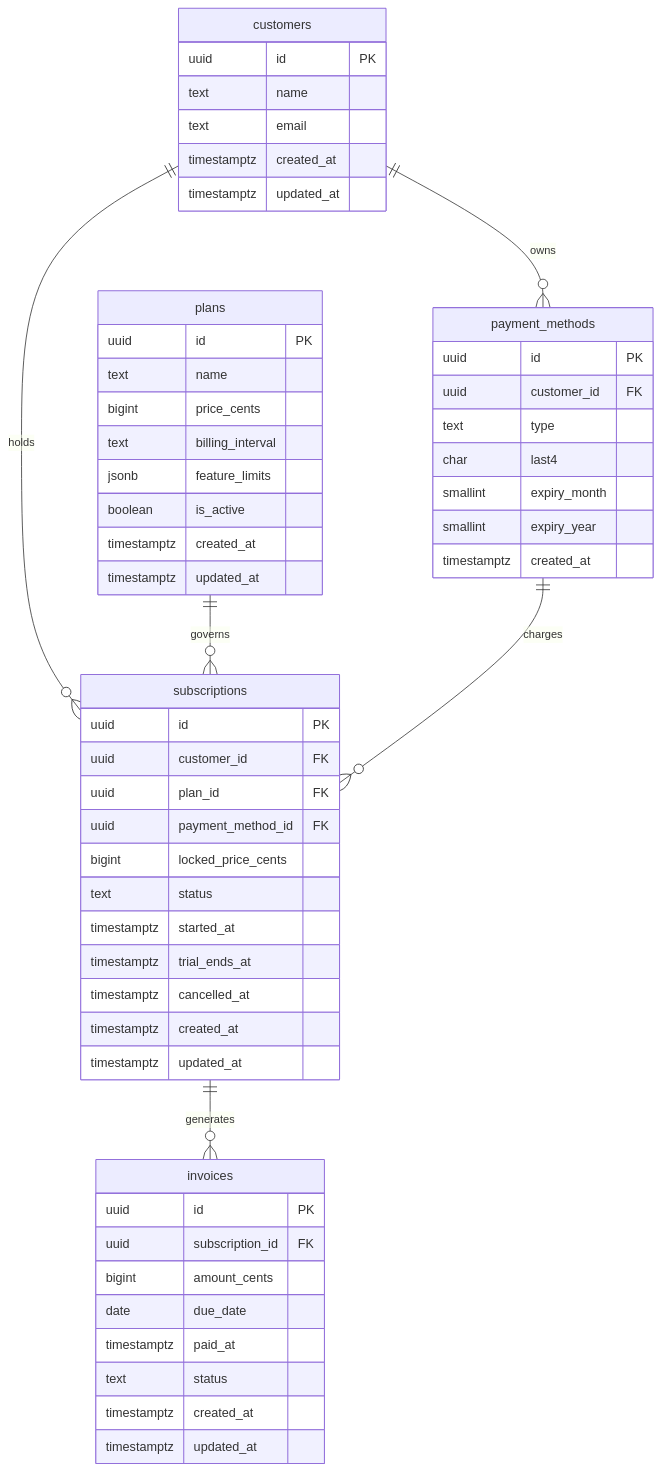
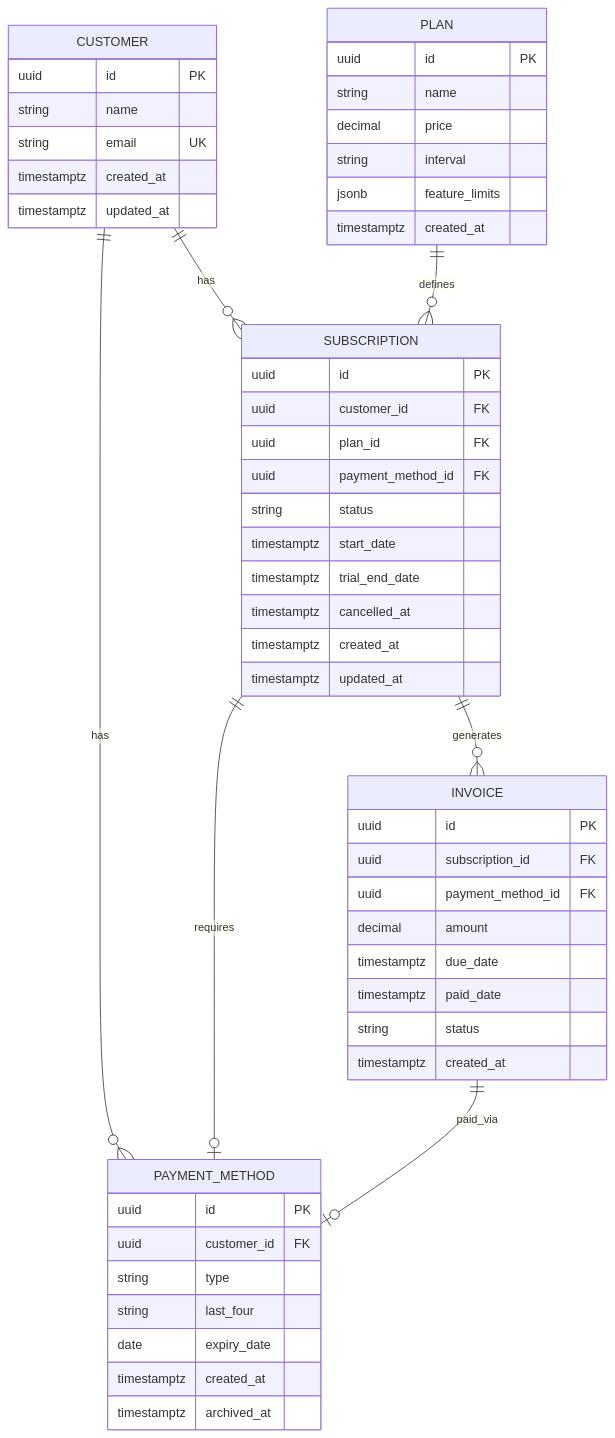
The diagram in examples/engineering/data-engineer/skills/data-model/result.md (hpsgd/claude-marketplace), drawn with Mermaid before and after one commit. The commit also changed other lines of this file and 135 other files, not shown here.

````diff
--- a/examples/engineering/data-engineer/skills/data-model/result.md
+++ b/examples/engineering/data-engineer/skills/data-model/result.md
@@ -19,58 +19,60 @@
 ```mermaid
 erDiagram
-    customers {
+    CUSTOMER ||--o{ SUBSCRIPTION : has
+    CUSTOMER ||--o{ PAYMENT_METHOD : has
+    PLAN ||--o{ SUBSCRIPTION : defines
+    SUBSCRIPTION ||--o{ INVOICE : generates
+    SUBSCRIPTION ||--o| PAYMENT_METHOD : "requires"
+    INVOICE ||--o| PAYMENT_METHOD : "paid_via"
+
+    CUSTOMER {
         uuid id PK
-        text name
-        text email
+        string name
+        string email UK
         timestamptz created_at
         timestamptz updated_at
     }
-    plans {
+
+    PLAN {
         uuid id PK
-        text name
-        bigint price_cents
-        text billing_interval
+        string name
+        decimal price
+        string interval
         jsonb feature_limits
-        boolean is_active
-        timestamptz created_at
-        timestamptz updated_at
-    }
-    payment_methods {
-        uuid id PK
-        uuid customer_id FK
-        text type
-        char last4
-        smallint expiry_month
-        smallint expiry_year
         timestamptz created_at
     }
-    subscriptions {
+
+    SUBSCRIPTION {
         uuid id PK
         uuid customer_id FK
         uuid plan_id FK
         uuid payment_method_id FK
-        bigint locked_price_cents
-        text status
-        timestamptz started_at
-        timestamptz trial_ends_at
+        string status
+        timestamptz start_date
+        timestamptz trial_end_date
         timestamptz cancelled_at
         timestamptz created_at
         timestamptz updated_at
     }
-    invoices {
+
+    INVOICE {
         uuid id PK
         uuid subscription_id FK
-        bigint amount_cents
-        date due_date
-        timestamptz paid_at
-        text status
+        uuid payment_method_id FK
+        decimal amount
+        timestamptz due_date
+        timestamptz paid_date
+        string status
         timestamptz created_at
-        timestamptz updated_at
     }
 
-    customers ||--o{ payment_methods : "owns"
-    customers ||--o{ subscriptions : "holds"
-    plans ||--o{ subscriptions : "governs"
-    payment_methods ||--o{ subscriptions : "charges"
-    subscriptions ||--o{ invoices : "generates"
+    PAYMENT_METHOD {
+        uuid id PK
+        uuid customer_id FK
+        string type
+        string last_four
+        date expiry_date
+        timestamptz created_at
+        timestamptz archived_at
+    }
 ```
````
